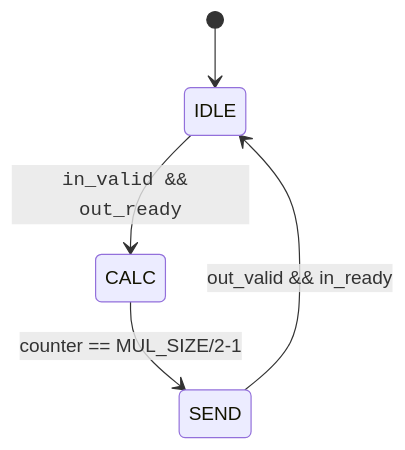
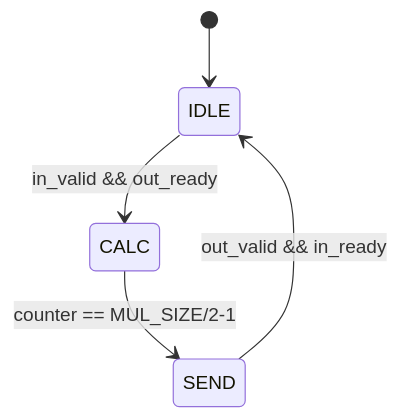
The diagram in Lab_3/Booth4_multiplier/README.md (EsaLongs/EESM6000C_CL), drawn with Mermaid before and after one commit.

````diff
--- a/Lab_3/Booth4_multiplier/README.md
+++ b/Lab_3/Booth4_multiplier/README.md
@@ -10,7 +10,7 @@
 ```mermaid
 stateDiagram-v2
     [*] --> IDLE
-    IDLE --> CALC : <font style="font-family:monospace">in_valid && out_ready</font>
+    IDLE --> CALC : in_valid && out_ready
     CALC --> SEND : counter == MUL_SIZE/2-1
     SEND --> IDLE : out_valid && in_ready
 ```
````
